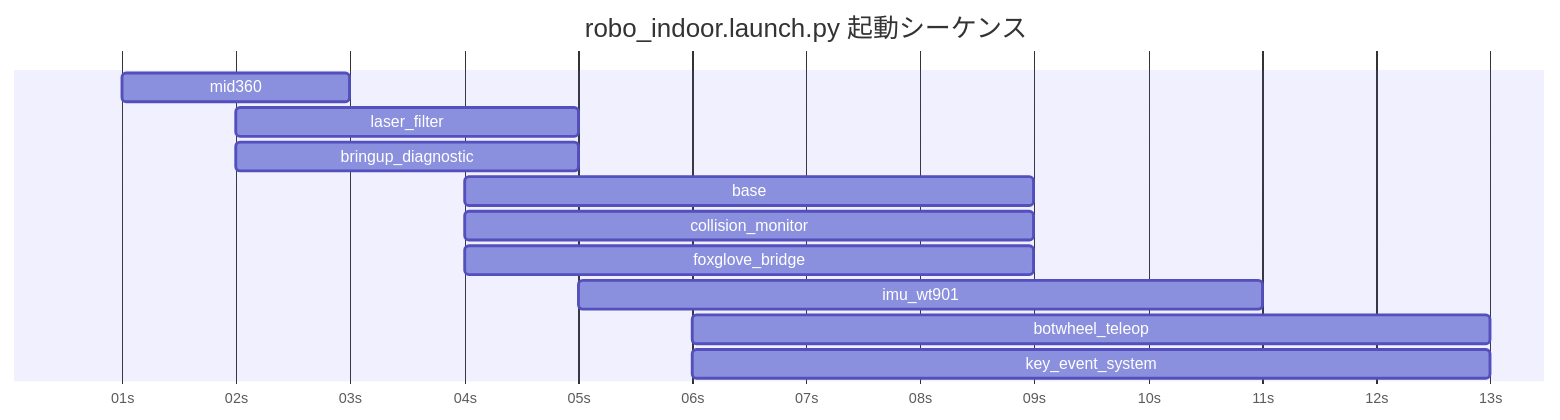
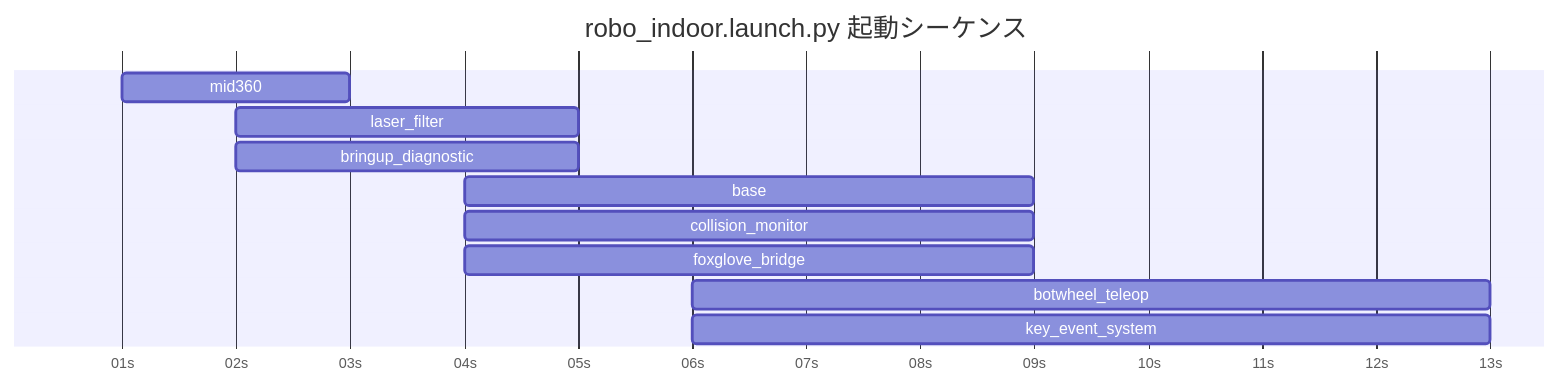
Before and after one commit to sato-susumu/susumu_robo: the second of 2 diagrams in doc/node_topic_graph.md, drawn with Mermaid. The commit also changed other lines of this file and 7 other files, not shown here.

````diff
--- a/doc/node_topic_graph.md
+++ b/doc/node_topic_graph.md
@@ -134,16 +126,15 @@
 ```mermaid
 gantt
     title robo_indoor.launch.py 起動シーケンス
     dateFormat s
     axisFormat %Ss
 
     mid360              : 1, 2s
     laser_filter        : 2, 3s
     bringup_diagnostic  : 2, 3s
     base                : 4, 5s
     collision_monitor   : 4, 5s
     foxglove_bridge     : 4, 5s
-    imu_wt901           : 5, 6s
     botwheel_teleop     : 6, 7s
     key_event_system    : 6, 7s
 ```
````
